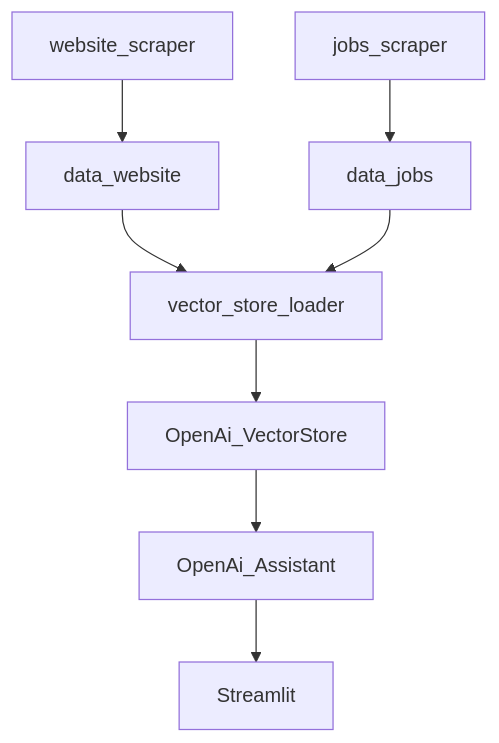
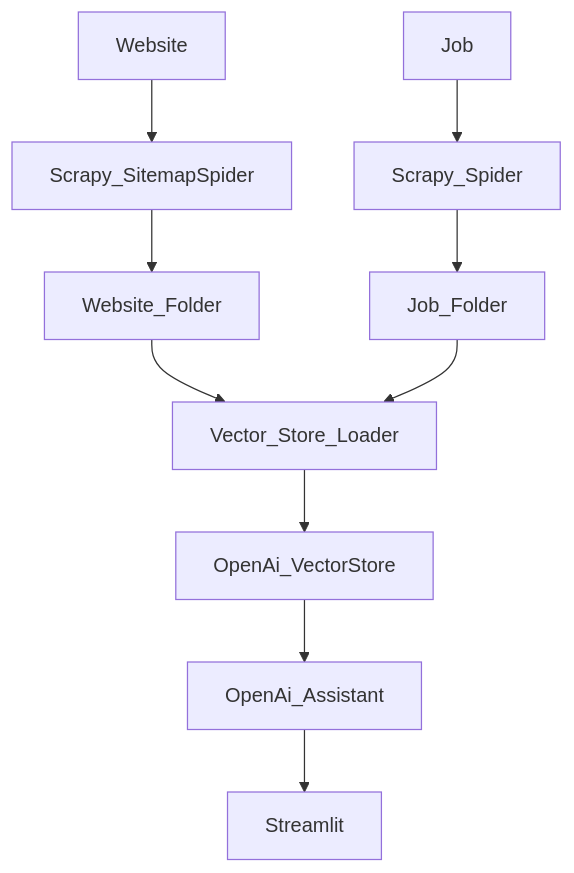
The diagram in README.md (NathNacht/regelgeving-bot), drawn with Mermaid before and after one commit.

Commit message:
mermaid test

````diff
--- a/README.md
+++ b/README.md
@@ -1,10 +1,12 @@
 ```mermaid
 graph TD;
-    website_scraper-->data_website;
-    jobs_scraper-->data_jobs;
-    data_website-->vector_store_loader;
-    data_jobs-->vector_store_loader;
-    vector_store_loader-->OpenAi_VectorStore;
+    Website-->Scrapy_SitemapSpider;
+    Job-->Scrapy_Spider;
+    Scrapy_SitemapSpider-->Website_Folder;
+    Scrapy_Spider-->Job_Folder;
+    Website_Folder-->Vector_Store_Loader;
+    Job_Folder-->Vector_Store_Loader;
+    Vector_Store_Loader-->OpenAi_VectorStore;
     OpenAi_VectorStore-->OpenAi_Assistant;
     OpenAi_Assistant-->Streamlit;
 ```
````
